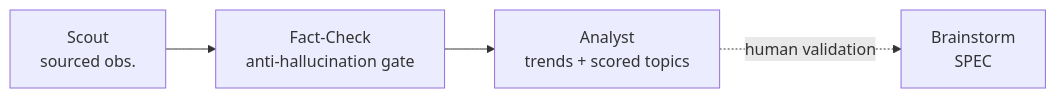
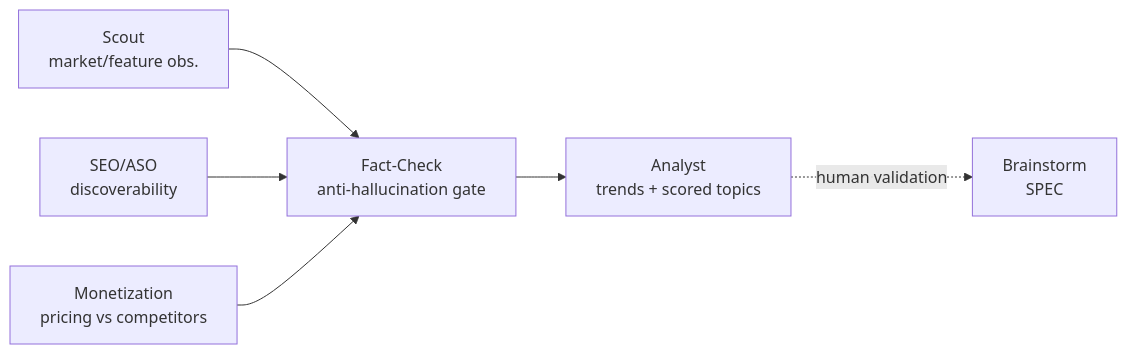
Before and after one commit to ZimZam-org/ai-led-framework: the first of 4 diagrams in templates/memory/en/process.md, drawn with Mermaid. The commit also changed other lines of this file and 15 other files, not shown here.

First line of the commit message:
feat(discovery): add SEO/ASO & monetization agents, translate README to English

````diff
--- a/templates/memory/en/process.md
+++ b/templates/memory/en/process.md
@@ -19,6 +19,8 @@
 ```mermaid
 flowchart LR
-    SC[Scout<br/>sourced obs.] --> FC[Fact-Check<br/>anti-hallucination gate]
+    SC[Scout<br/>market/feature obs.] --> FC[Fact-Check<br/>anti-hallucination gate]
+    SE[SEO/ASO<br/>discoverability] --> FC
+    MO[Monetization<br/>pricing vs competitors] --> FC
     FC --> AN[Analyst<br/>trends + scored topics]
     AN -. human validation .-> BS[Brainstorm<br/>SPEC]
 ```
````
